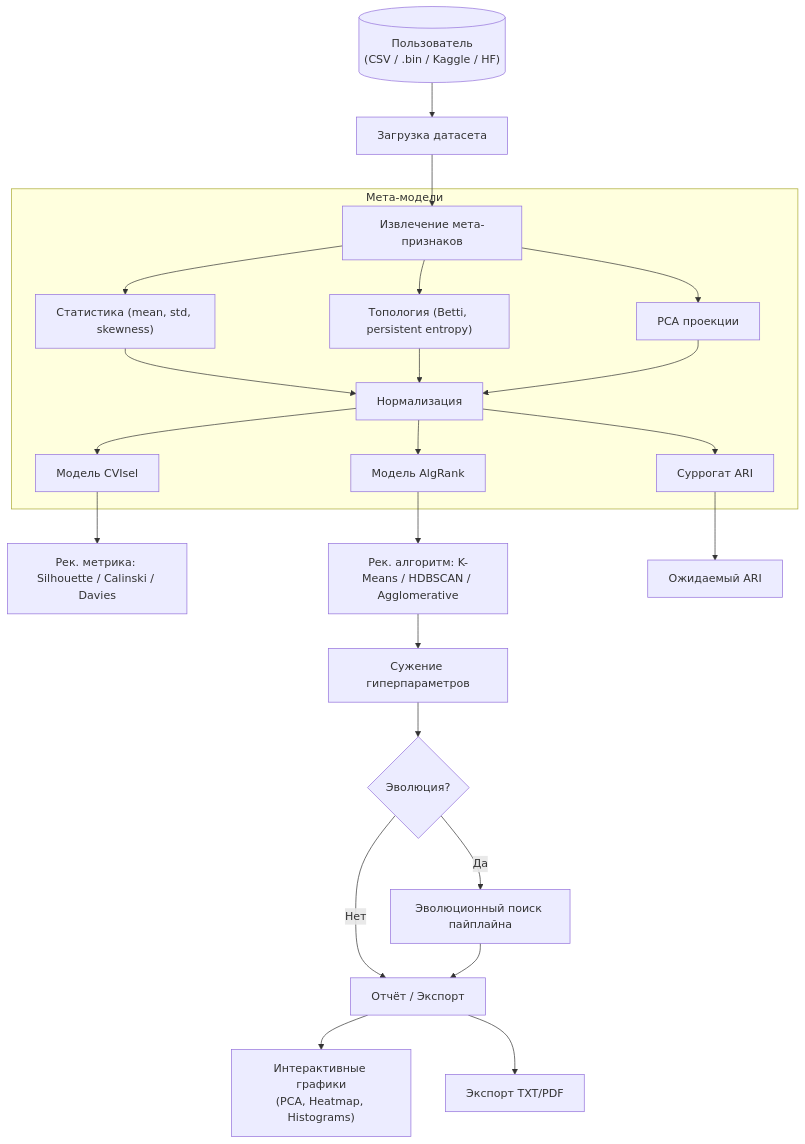
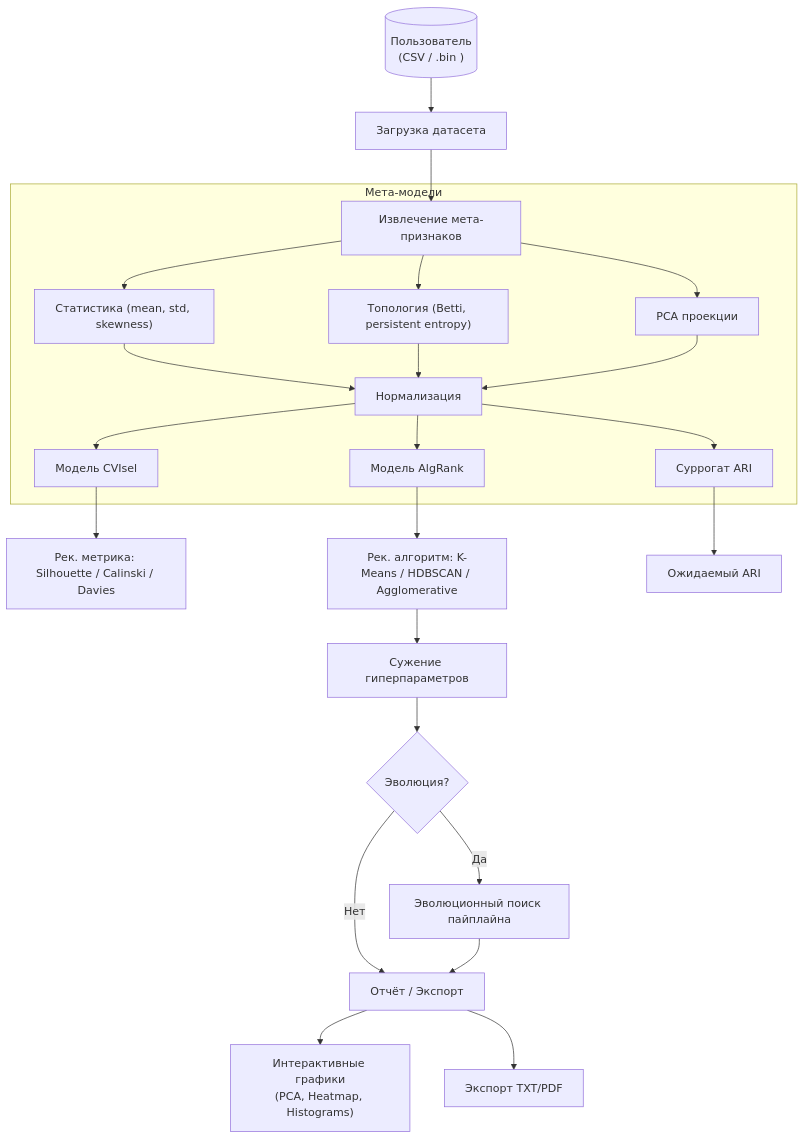
One commit to DanilkaCrazy/ClustMetaLearn changed the diagram in README.md. Above: the diagram before and after it, drawn with Mermaid.

````diff
--- a/README.md
+++ b/README.md
@@ -29,28 +29,28 @@
 ```mermaid
 flowchart TD
-    User[("Пользователь\n(CSV / .bin / Kaggle / HF)")] --> Upload["Загрузка датасета"]
+    User[("Пользователь\n(CSV / .bin )")] --> Upload["Загрузка датасета"]
     Upload --> Extract["Извлечение мета-признаков"]
     
     subgraph META["Мета-модели"]
         Extract --> Stats["Статистика (mean, std, skewness)"]
         Extract --> Topo["Топология (Betti, persistent entropy)"]
         Extract --> PCA["PCA проекции"]
         Stats & Topo & PCA --> Normalize["Нормализация"]
         Normalize --> CVIsel["Модель CVIsel"]
         Normalize --> AlgRank["Модель AlgRank"]
         Normalize --> Surrogate["Суррогат ARI"]
     end
 
     CVIsel --> Metric["Рек. метрика: Silhouette / Calinski / Davies"]
     AlgRank --> Algorithm["Рек. алгоритм: K-Means / HDBSCAN / Agglomerative"]
     Surrogate --> ARI["Ожидаемый ARI"]
     Algorithm --> Hyper["Сужение гиперпараметров"]
     
     Hyper --> Option{"Эволюция?"}
     Option -- Да --> Evolve["Эволюционный поиск пайплайна"]
     Option -- Нет --> Result["Отчёт / Экспорт"]
     Evolve --> Result
 
     Result --> Visual["Интерактивные графики\n(PCA, Heatmap, Histograms)"]
     Result --> Export["Экспорт TXT/PDF"]
 ```
````
